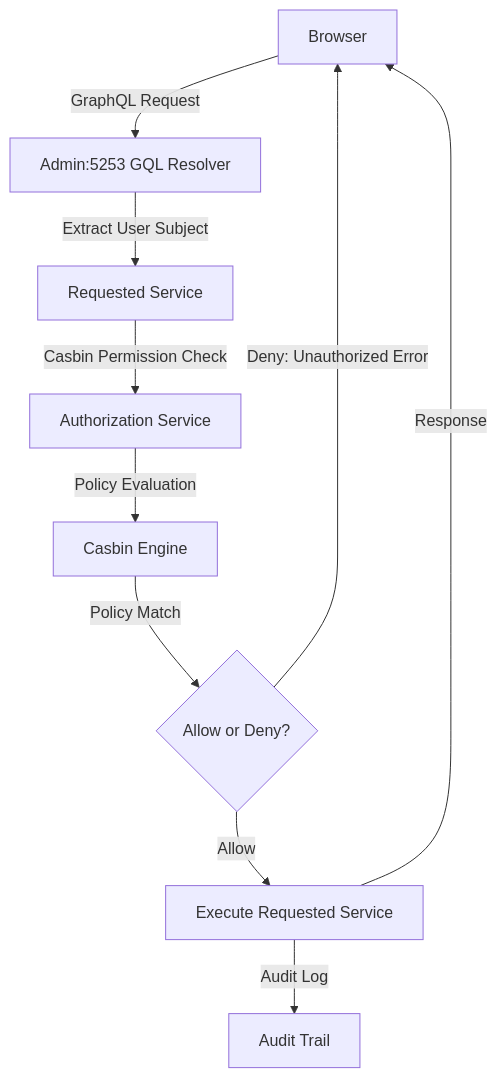
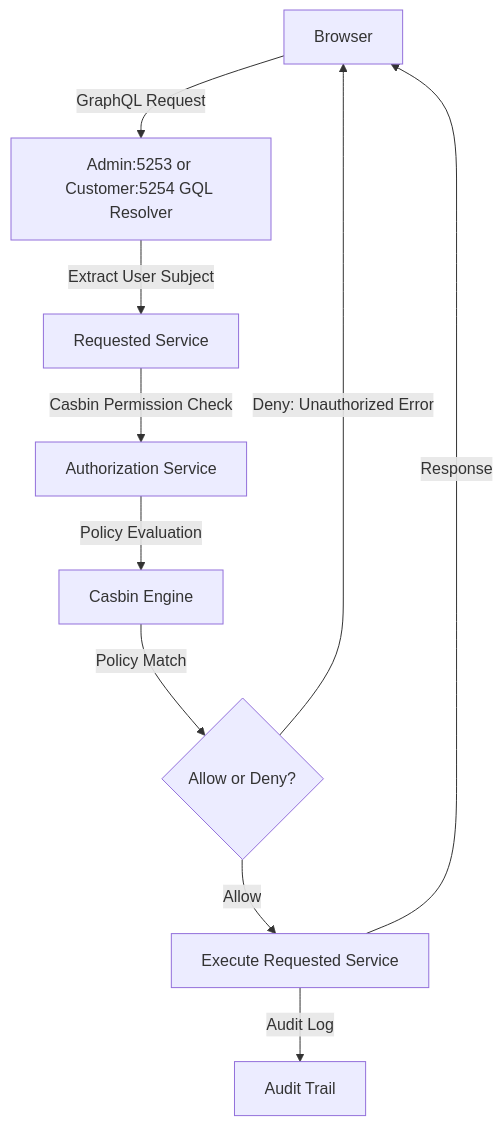
One commit to GaloyMoney/lana-bank changed the diagram in AUTHZ.md. Above: the diagram before and after it, drawn with Mermaid. The commit also changed other lines of this file, not shown here.

Commit message:
chore: remove admin specifics from authz.md

````diff
--- a/AUTHZ.md
+++ b/AUTHZ.md
@@ -30,12 +30,12 @@
 ```mermaid
 flowchart TD
-  A[Browser] -->|GraphQL Request| B[Admin:5253 GQL Resolver]
+  A[Browser] -->|GraphQL Request| B[Admin:5253 or Customer:5254 GQL Resolver]
   B -->|Extract User Subject| C[Requested Service]
   C -->|Casbin Permission Check| D[Authorization Service]
   D -->|Policy Evaluation| E[Casbin Engine]
   E -->|Policy Match| F{Allow or Deny?}
   F -->|Deny: Unauthorized Error| A[Browser]
   F -->|Allow| H[Execute Requested Service]
   H -->|Response| A
   H -->|Audit Log| I[Audit Trail]
 ```
````
